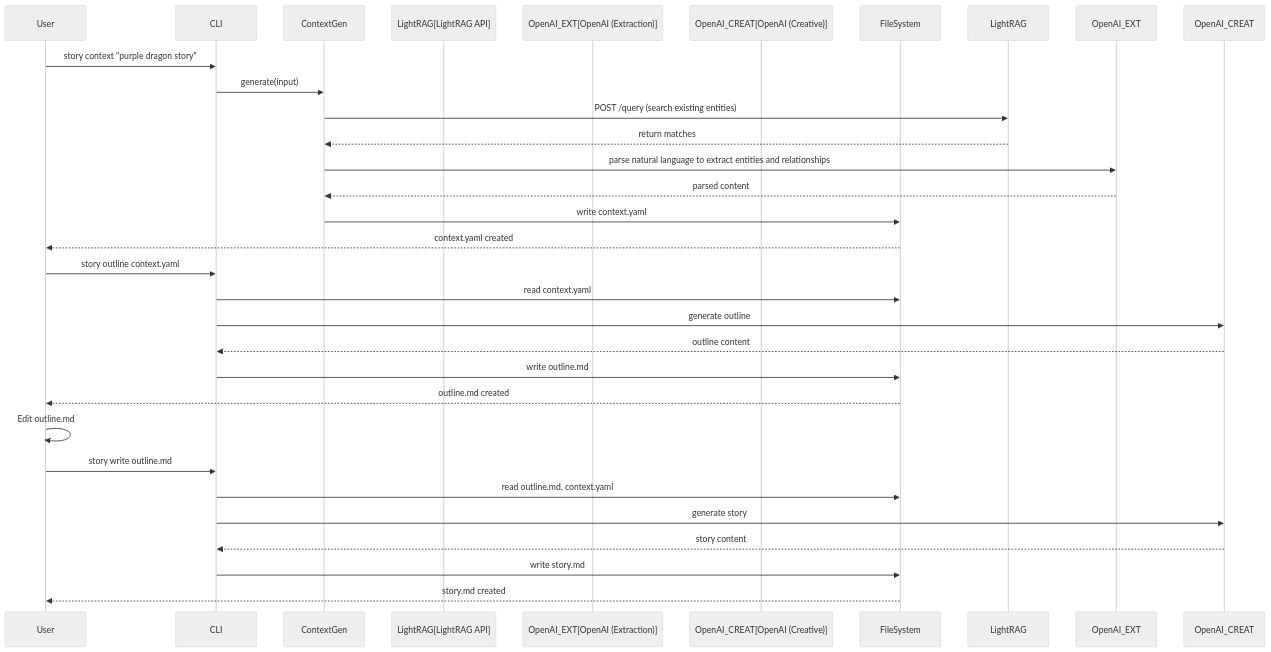
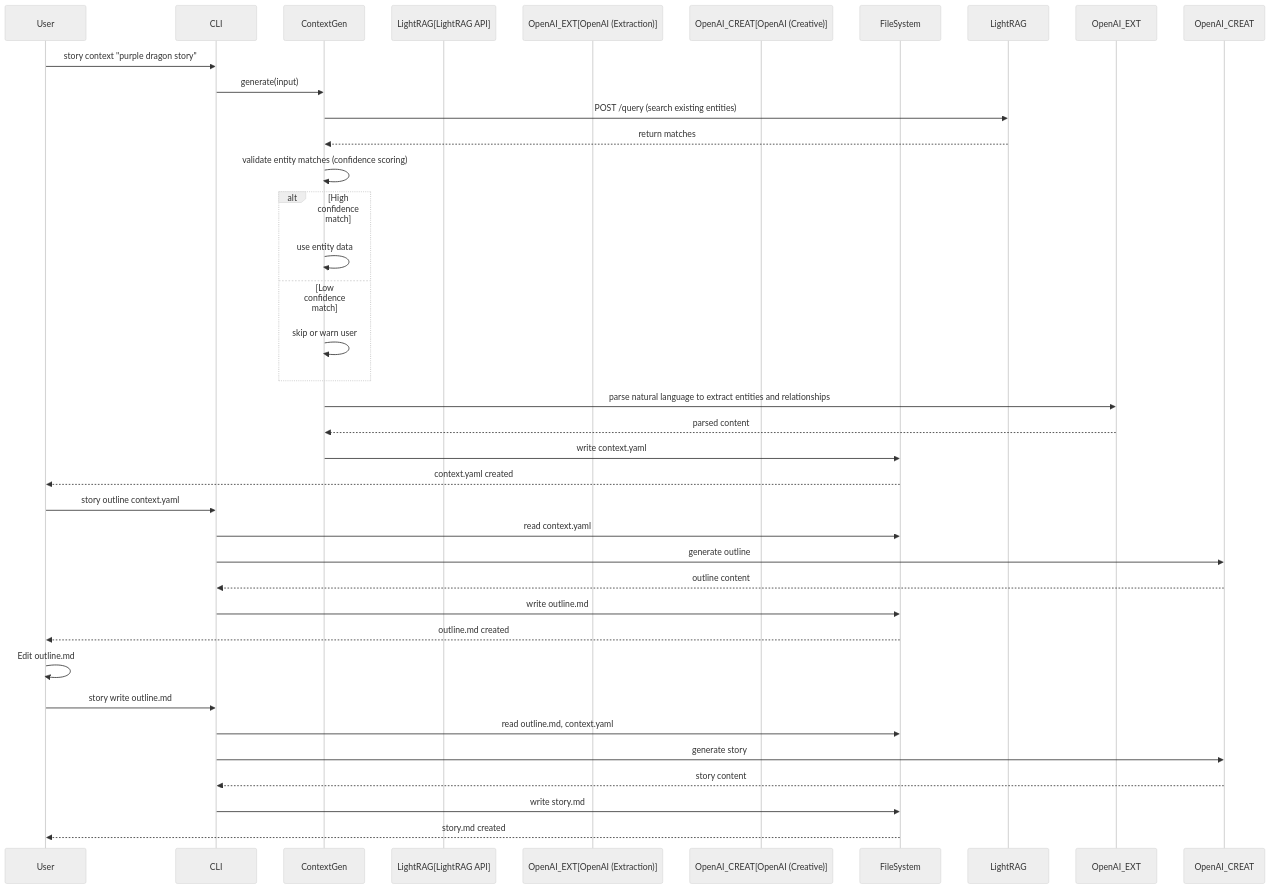
Before and after one commit to harms-haus/jestir: the third of 3 diagrams in docs/architecture.md, drawn with Mermaid (neutral theme). The commit also changed other lines of this file and 15 other files, not shown here.

First line of the commit message:
Implement entity validation system with confidence scoring

````diff
--- a/docs/architecture.md
+++ b/docs/architecture.md
@@ -452,35 +507,41 @@
 ```mermaid
 sequenceDiagram
     participant User
     participant CLI
     participant ContextGen
     participant LightRAG[LightRAG API]
     participant OpenAI_EXT[OpenAI (Extraction)]
     participant OpenAI_CREAT[OpenAI (Creative)]
     participant FileSystem
 
     User->>CLI: story context "purple dragon story"
     CLI->>ContextGen: generate(input)
     ContextGen->>LightRAG: POST /query (search existing entities)
     LightRAG-->>ContextGen: return matches
+    ContextGen->>ContextGen: validate entity matches (confidence scoring)
+    alt High confidence match
+        ContextGen->>ContextGen: use entity data
+    else Low confidence match
+        ContextGen->>ContextGen: skip or warn user
+    end
     ContextGen->>OpenAI_EXT: parse natural language to extract entities and relationships
     OpenAI_EXT-->>ContextGen: parsed content
     ContextGen->>FileSystem: write context.yaml
     FileSystem-->>User: context.yaml created
 
     User->>CLI: story outline context.yaml
     CLI->>FileSystem: read context.yaml
     CLI->>OpenAI_CREAT: generate outline
     OpenAI_CREAT-->>CLI: outline content
     CLI->>FileSystem: write outline.md
     FileSystem-->>User: outline.md created
 
     User->>User: Edit outline.md
 
     User->>CLI: story write outline.md
     CLI->>FileSystem: read outline.md, context.yaml
     CLI->>OpenAI_CREAT: generate story
     OpenAI_CREAT-->>CLI: story content
     CLI->>FileSystem: write story.md
     FileSystem-->>User: story.md created
 ```
````
